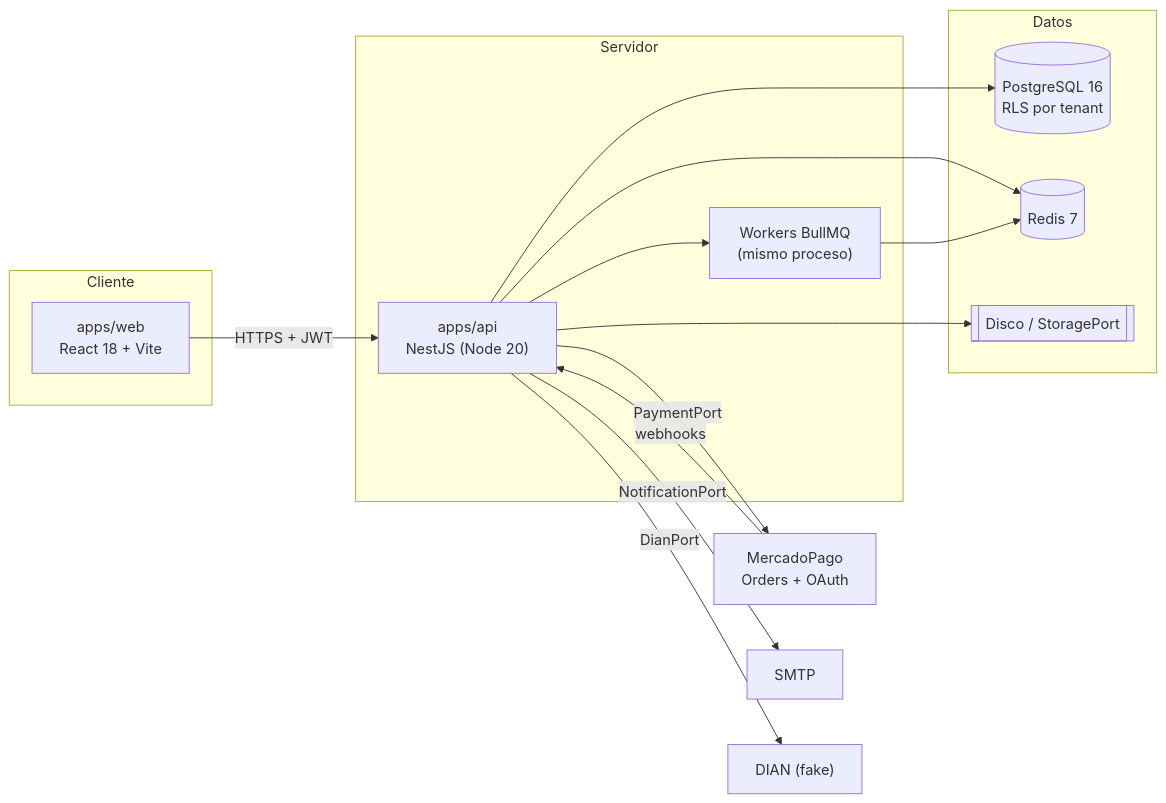
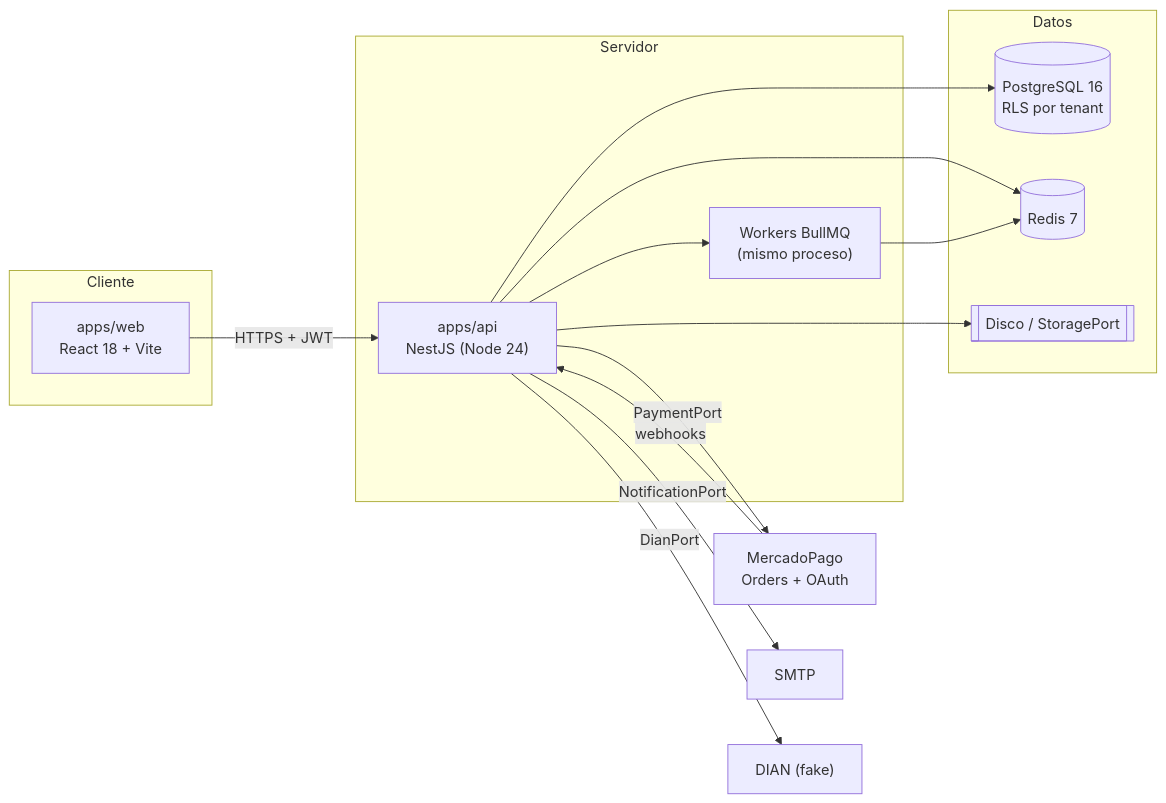
Before and after one commit to AGamez10/AdoptaFacil: the first of 3 diagrams in docs/ARQUITECTURA.md, drawn with Mermaid. The commit also changed 14 other files, not shown here.

````diff
--- a/docs/ARQUITECTURA.md
+++ b/docs/ARQUITECTURA.md
@@ -15,28 +15,28 @@
 ```mermaid
 flowchart LR
   subgraph Cliente
     WEB["apps/web<br/>React 18 + Vite"]
   end
   subgraph Servidor
-    API["apps/api<br/>NestJS (Node 20)"]
+    API["apps/api<br/>NestJS (Node 24)"]
     WORKERS["Workers BullMQ<br/>(mismo proceso)"]
   end
   subgraph Datos
     PG[("PostgreSQL 16<br/>RLS por tenant")]
     REDIS[("Redis 7")]
     DISK[["Disco / StoragePort"]]
   end
   MP["MercadoPago<br/>Orders + OAuth"]
   SMTP["SMTP"]
   DIAN["DIAN (fake)"]
   WEB -- "HTTPS + JWT" --> API
   API --> PG
   API --> REDIS
   WORKERS --> REDIS
   API --> WORKERS
   API --> DISK
   API -- "PaymentPort" --> MP
   MP -- "webhooks" --> API
   API -- "NotificationPort" --> SMTP
   API -- "DianPort" --> DIAN
 ```
````
